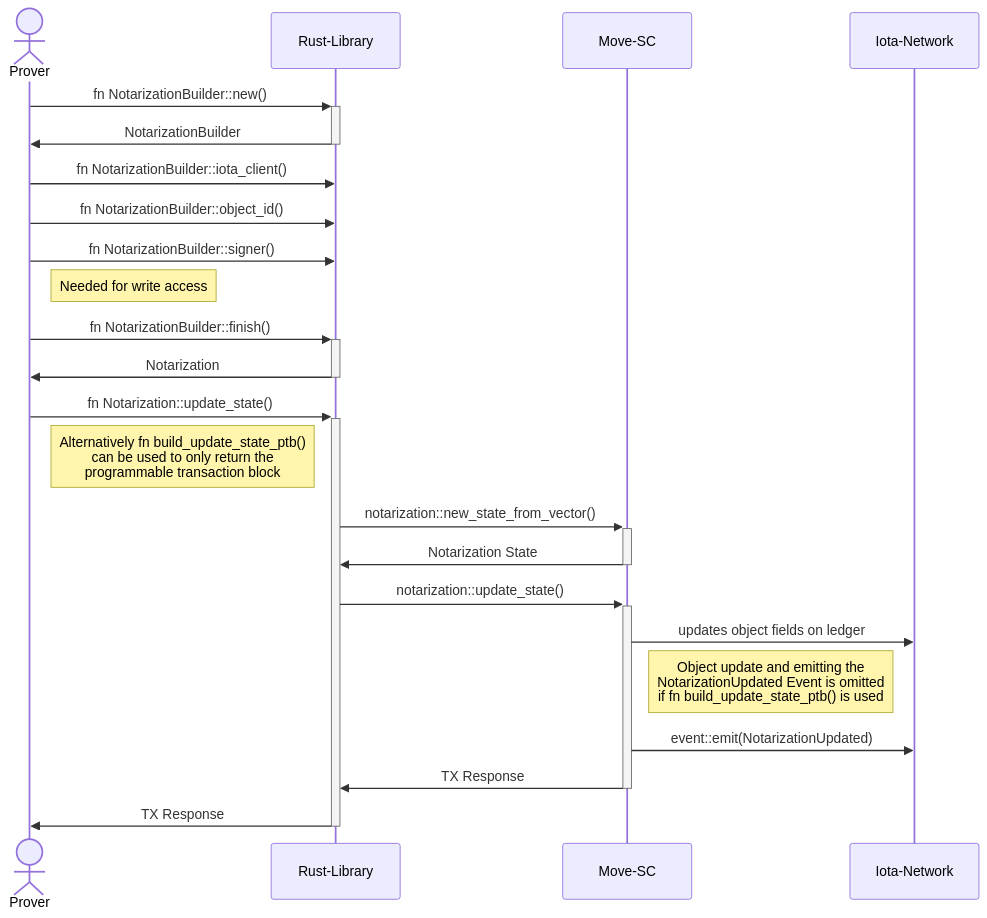
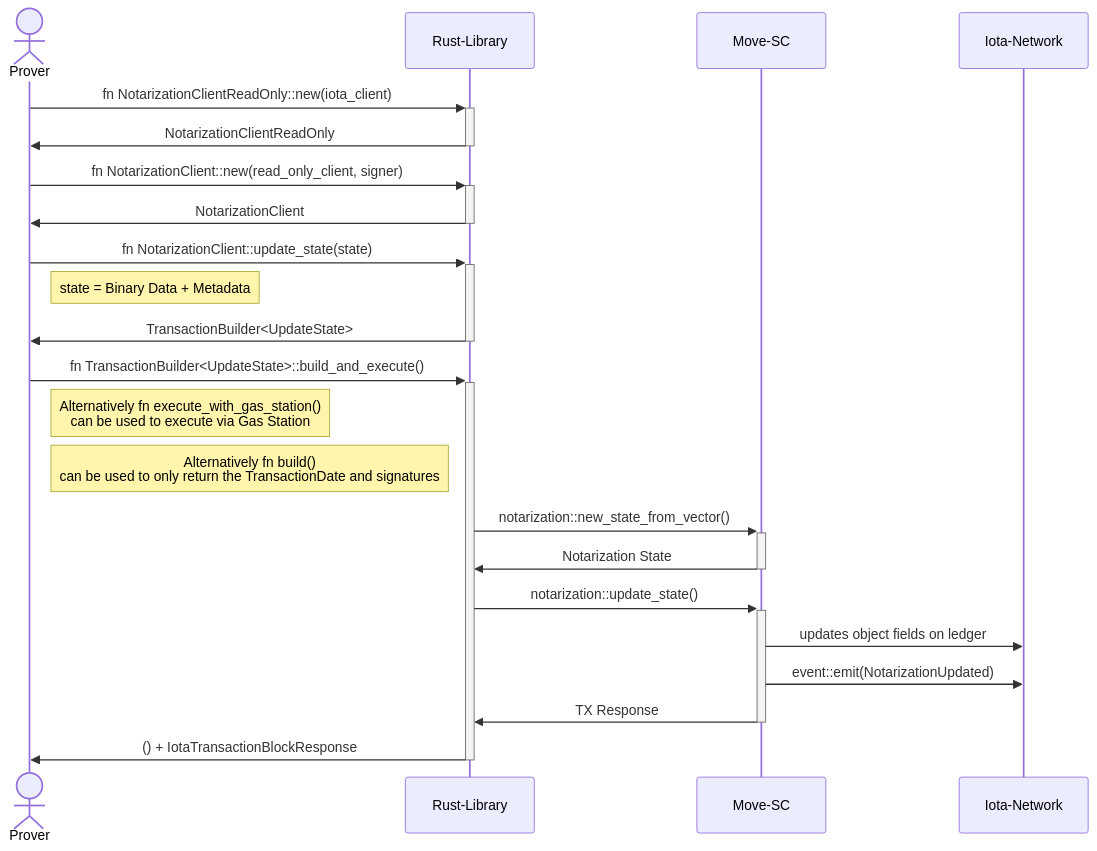
One commit to iotaledger/notarization changed the third of 3 diagrams in notarization-rs/README.md. Above: the diagram before and after it, drawn with Mermaid. The commit also changed other lines of this file and 6 other files, not shown here.

````diff
--- a/notarization-rs/README.md
+++ b/notarization-rs/README.md
@@ -117,25 +118,24 @@
 ```mermaid
 sequenceDiagram
     actor Prover
     participant Lib as Rust-Library
     participant Move as Move-SC
     participant Net as Iota-Network
-    Prover ->>+ Lib: fn NotarizationBuilder::new()
-    Lib ->>- Prover: NotarizationBuilder
-    Prover ->> Lib: fn NotarizationBuilder::iota_client()
-    Prover ->> Lib: fn NotarizationBuilder::object_id()
-    Prover ->> Lib: fn NotarizationBuilder::signer()
-    Note right of Prover: Needed for write access
-    Prover ->>+ Lib: fn NotarizationBuilder::finish()
-    Lib ->>- Prover: Notarization
-    Prover ->>+ Lib: fn Notarization::update_state()
-    Note right of Prover: Alternatively fn build_update_state_ptb() <br> can be used to only return the <br> programmable transaction block
+    Prover ->>+ Lib: fn NotarizationClientReadOnly::new(iota_client)
+    Lib ->>- Prover: NotarizationClientReadOnly
+    Prover ->>+ Lib: fn NotarizationClient::new(read_only_client, signer)
+    Lib ->>- Prover: NotarizationClient
+    Prover ->>+ Lib: fn NotarizationClient::update_state(state)
+    Note right of Prover: state = Binary Data + Metadata
+    Lib ->>- Prover: TransactionBuilder<UpdateState>
+    Prover ->>+ Lib: fn TransactionBuilder<UpdateState>::build_and_execute()
+    Note right of Prover: Alternatively fn execute_with_gas_station() <br> can be used to execute via Gas Station
+    Note right of Prover: Alternatively fn build() <br> can be used to only return the TransactionDate and signatures
     Lib ->>+ Move: notarization::new_state_from_vector()
     Move ->>- Lib: Notarization State
     Lib ->>+ Move: notarization::update_state()
     Move ->> Net: updates object fields on ledger
-    Note right of Move: Object update and emitting the <br> NotarizationUpdated Event is omitted <br> if fn build_update_state_ptb() is used
     Move ->> Net: event::emit(NotarizationUpdated)
     Move ->>- Lib: TX Response
-    Lib ->>- Prover: TX Response
+    Lib ->>- Prover: () + IotaTransactionBlockResponse
 ```
````
